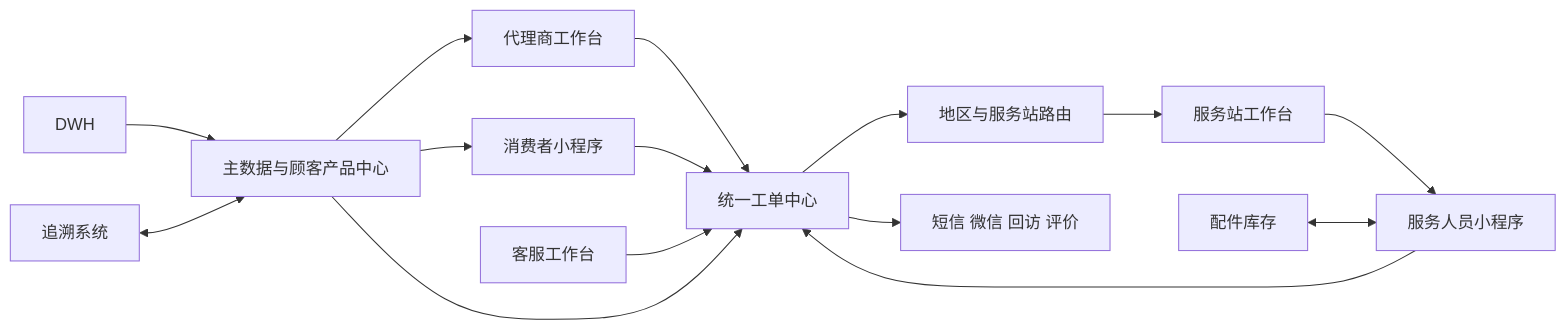
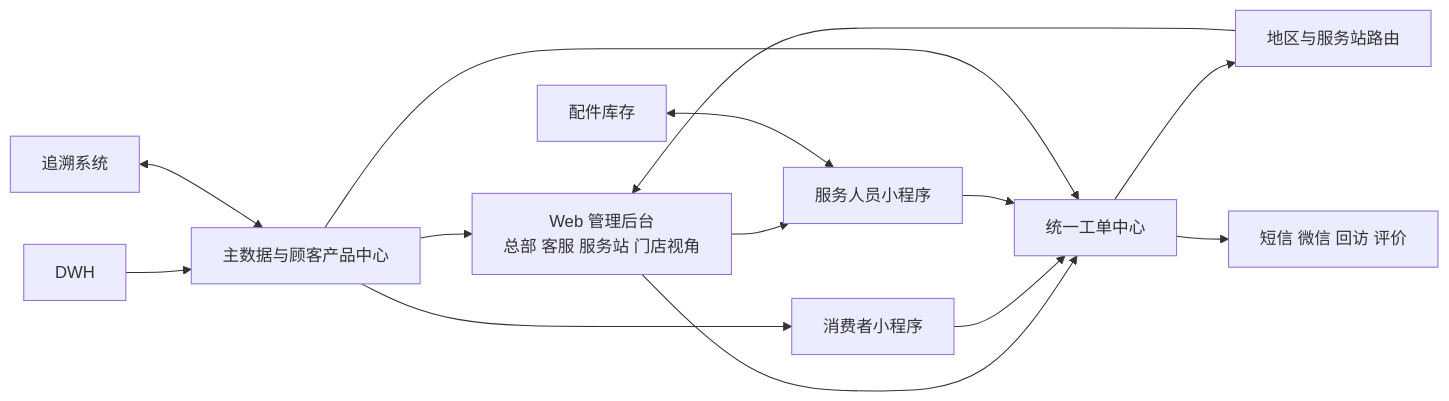
The first of 3 diagrams in 01-功能需求/00-功能纵览.md (zhiyuan23/toto-after-sales-docs), drawn with Mermaid before and after one commit. The commit also changed other lines of this file and 32 other files, not shown here.

````diff
--- a/01-功能需求/00-功能纵览.md
+++ b/01-功能需求/00-功能纵览.md
@@ -61,17 +63,16 @@
 ```mermaid
 flowchart LR
-    D[代理商工作台] --> O[统一工单中心]
+    WEB[Web 管理后台<br/>总部 客服 服务站 门店视角] --> O[统一工单中心]
     C[消费者小程序] --> O
-    CS[客服工作台] --> O
     O --> R[地区与服务站路由]
-    R --> S[服务站工作台]
-    S --> W[服务人员小程序]
+    R --> WEB
+    WEB --> W[服务人员小程序]
     W --> O
-    M[主数据与顾客产品中心] --> D
+    M[主数据与顾客产品中心] --> WEB
     M --> C
     M --> O
     DWH[DWH] --> M
     T[追溯系统] <--> M
     P[配件库存] <--> W
     O --> N[短信 微信 回访 评价]
 ```
````
